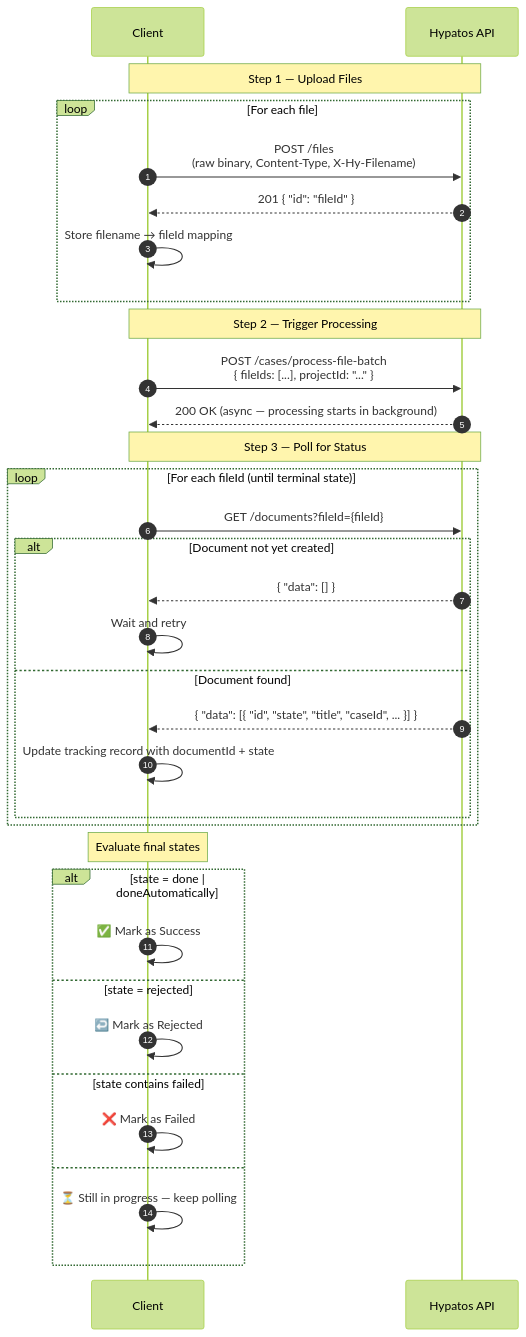
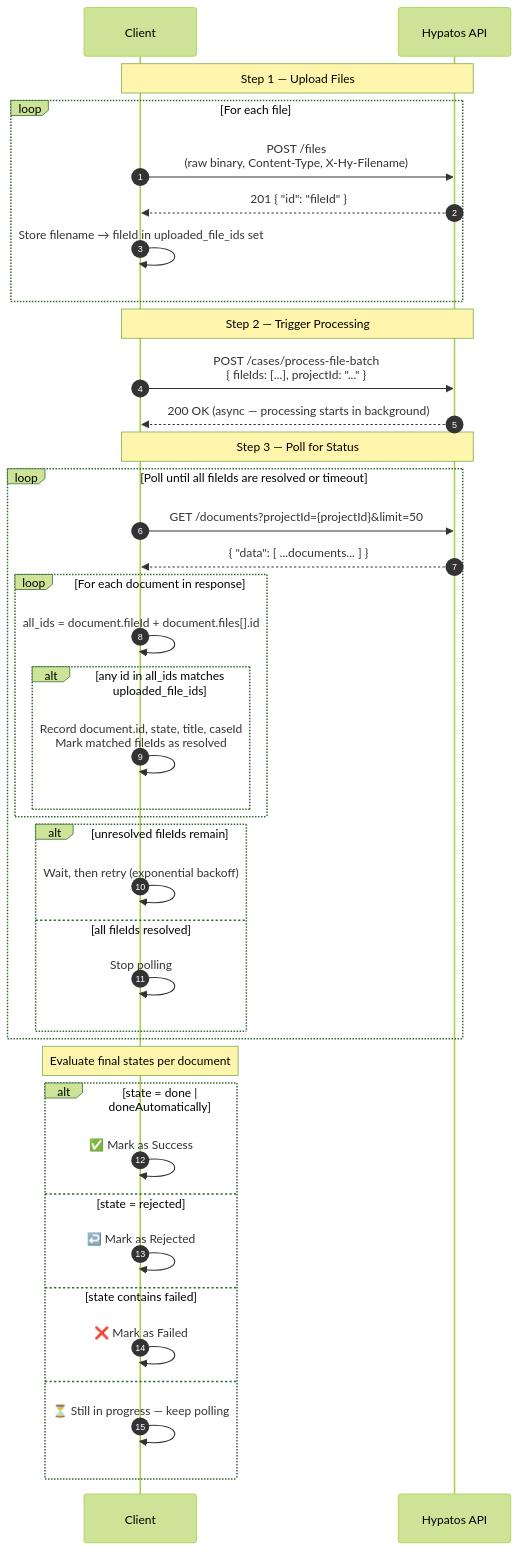
The diagram in docs/file-batch-processing.md (stephanHypatos/hycutover), drawn with Mermaid (forest theme) before and after one commit. The commit also changed other lines of this file, not shown here.

First line of the commit message:
Fix tracking design: match by projectId + files array intersection

````diff
--- a/docs/file-batch-processing.md
+++ b/docs/file-batch-processing.md
@@ -139,44 +174,51 @@
 ```mermaid
 sequenceDiagram
     autonumber
     participant Client
     participant API as Hypatos API
 
     Note over Client,API: Step 1 — Upload Files
 
     loop For each file
         Client->>API: POST /files<br/>(raw binary, Content-Type, X-Hy-Filename)
         API-->>Client: 201 { "id": "fileId" }
-        Client->>Client: Store filename → fileId mapping
+        Client->>Client: Store filename → fileId in uploaded_file_ids set
     end
 
     Note over Client,API: Step 2 — Trigger Processing
 
     Client->>API: POST /cases/process-file-batch<br/>{ fileIds: [...], projectId: "..." }
     API-->>Client: 200 OK (async — processing starts in background)
 
     Note over Client,API: Step 3 — Poll for Status
 
-    loop For each fileId (until terminal state)
-        Client->>API: GET /documents?fileId={fileId}
-        alt Document not yet created
-            API-->>Client: { "data": [] }
-            Client->>Client: Wait and retry
-        else Document found
-            API-->>Client: { "data": [{ "id", "state", "title", "caseId", ... }] }
-            Client->>Client: Update tracking record with documentId + state
+    loop Poll until all fileIds are resolved or timeout
+        Client->>API: GET /documents?projectId={projectId}&limit=50
+        API-->>Client: { "data": [ ...documents... ] }
+
+        loop For each document in response
+            Client->>Client: all_ids = document.fileId + document.files[].id
+            alt any id in all_ids matches uploaded_file_ids
+                Client->>Client: Record document.id, state, title, caseId<br/>Mark matched fileIds as resolved
+            end
+        end
+
+        alt unresolved fileIds remain
+            Client->>Client: Wait, then retry (exponential backoff)
+        else all fileIds resolved
+            Client->>Client: Stop polling
         end
     end
 
-    Note over Client: Evaluate final states
+    Note over Client: Evaluate final states per document
 
     alt state = done | doneAutomatically
         Client->>Client: ✅ Mark as Success
     else state = rejected
         Client->>Client: ↩️ Mark as Rejected
     else state contains failed
         Client->>Client: ❌ Mark as Failed
     else
         Client->>Client: ⏳ Still in progress — keep polling
     end
 ```
````
